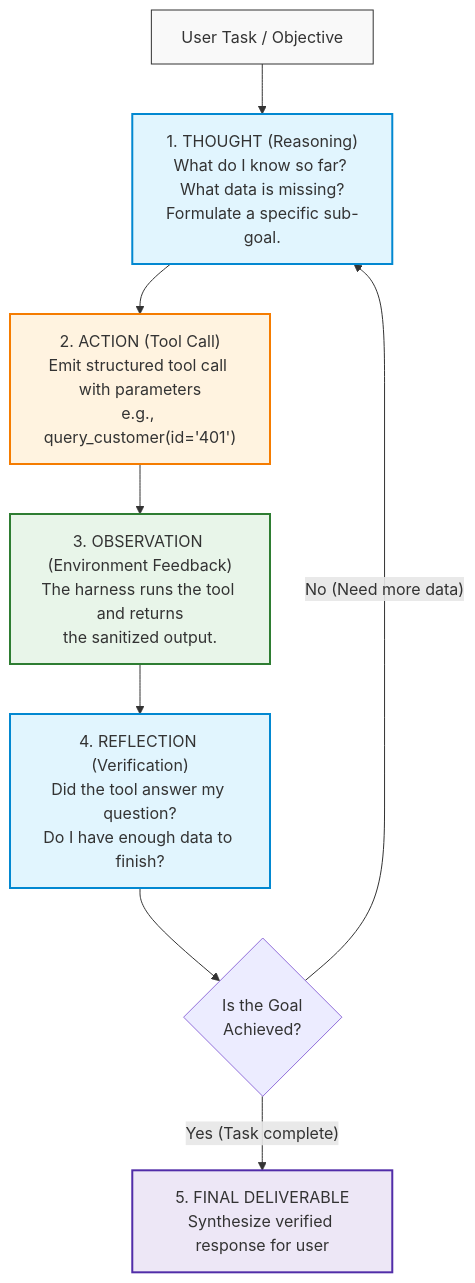
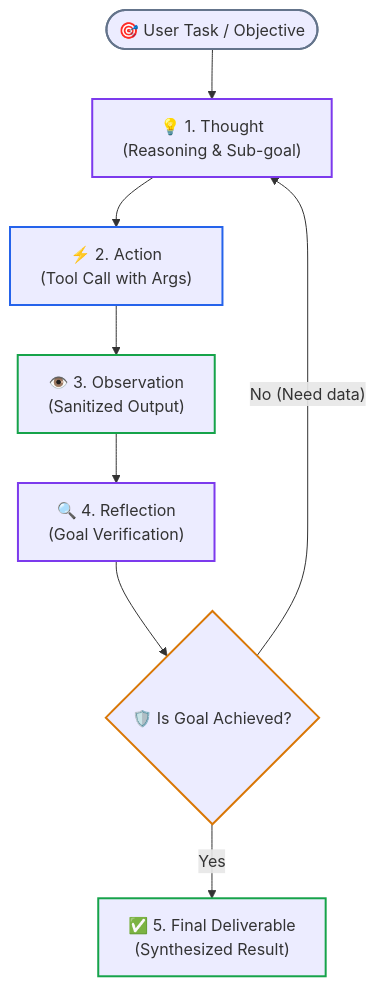
Before and after one commit to dip4k/senior-engineer-to-ai-engineer-roadmap: the fourth of 5 diagrams in 04-agentic-systems-and-orchestration/02-react-loops-and-execution-governors.md, drawn with Mermaid. The commit also changed other lines of this file and 94 other files, not shown here.

Commit message:
refactor(curriculum): complete Phase 04 upgrade and enforce diagram renderer invariants

````diff
--- a/04-agentic-systems-and-orchestration/02-react-loops-and-execution-governors.md
+++ b/04-agentic-systems-and-orchestration/02-react-loops-and-execution-governors.md
@@ -130,21 +155,18 @@
 ```mermaid
 flowchart TD
-    classDef step fill:#f9f9f9,stroke:#333,stroke-width:1px;
-    classDef thought fill:#e1f5fe,stroke:#0288d1,stroke-width:2px;
-    classDef action fill:#fff3e0,stroke:#f57c00,stroke-width:2px;
-    classDef obs fill:#e8f5e9,stroke:#2e7d32,stroke-width:2px;
-    classDef term fill:#ede7f6,stroke:#512da8,stroke-width:2px;
+    Goal(["🎯 User Task / Objective"]) --> T1["💡 1. Thought<br>(Reasoning & Sub-goal)"]
+    T1 --> A1["⚡ 2. Action<br>(Tool Call with Args)"]
+    A1 --> O1["👁️ 3. Observation<br>(Sanitized Output)"]
+    O1 --> R1["🔍 4. Reflection<br>(Goal Verification)"]
+    R1 --> Check{"🛡️ Is Goal Achieved?"}
+    Check -- "No (Need data)" --> T1
+    Check -- "Yes" --> Final["✅ 5. Final Deliverable<br>(Synthesized Result)"]
 
-    Goal["User Task / Objective"]:::step --> T1["1. THOUGHT (Reasoning)\nWhat do I know so far? What data is missing?\nFormulate a specific sub-goal."]:::thought
-    
-    T1 --> A1["2. ACTION (Tool Call)\nEmit structured tool call with parameters\ne.g., query_customer(id='401')"]:::action
-    
-    A1 --> O1["3. OBSERVATION (Environment Feedback)\nThe harness runs the tool and returns\nthe sanitized output."]:::obs
-    
-    O1 --> R1["4. REFLECTION (Verification)\nDid the tool answer my question?\nDo I have enough data to finish?"]:::thought
-    
-    R1 --> Check{"Is the Goal\nAchieved?"}
-    
-    Check -- "No (Need more data)" --> T1
-    Check -- "Yes (Task complete)" --> Final["5. FINAL DELIVERABLE\nSynthesize verified response for user"]:::term
+    style Goal stroke:#64748b,stroke-width:2px
+    style T1 stroke:#7c3aed,stroke-width:2px
+    style A1 stroke:#2563eb,stroke-width:2px
+    style O1 stroke:#16a34a,stroke-width:2px
+    style R1 stroke:#7c3aed,stroke-width:2px
+    style Check stroke:#d97706,stroke-width:2px
+    style Final stroke:#16a34a,stroke-width:2px
 ```
````
